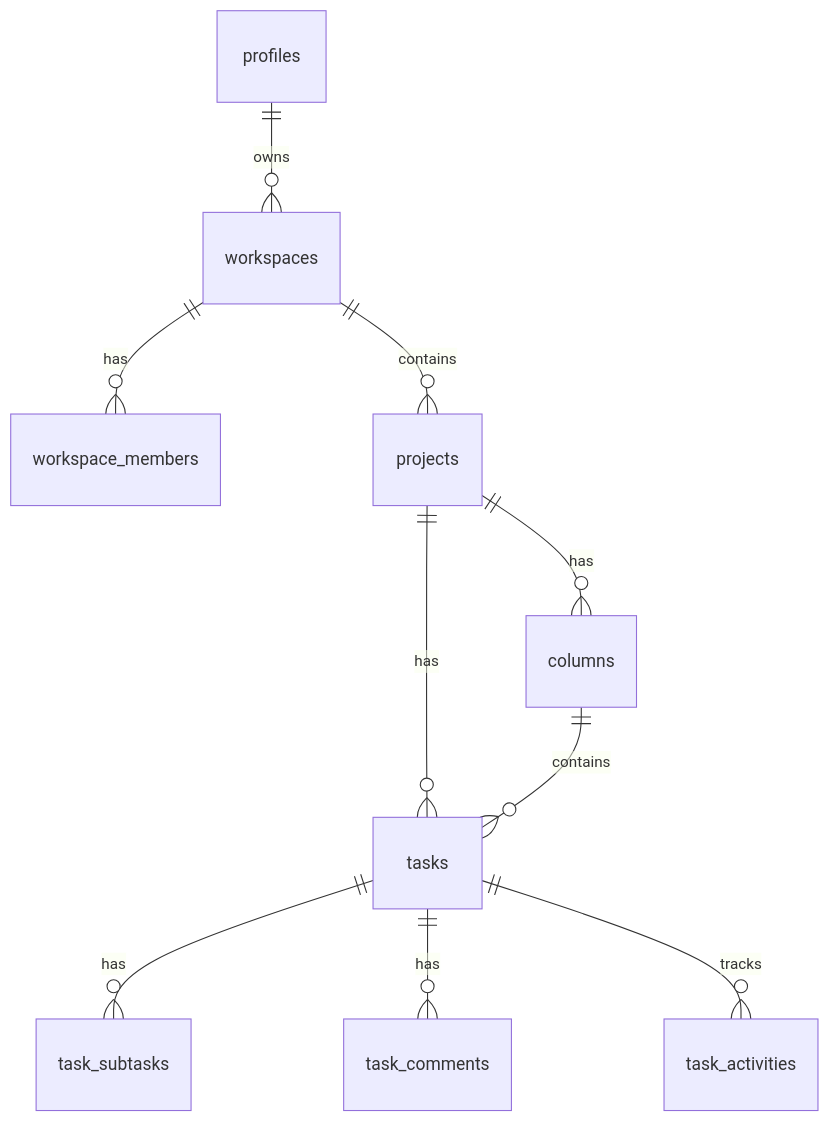
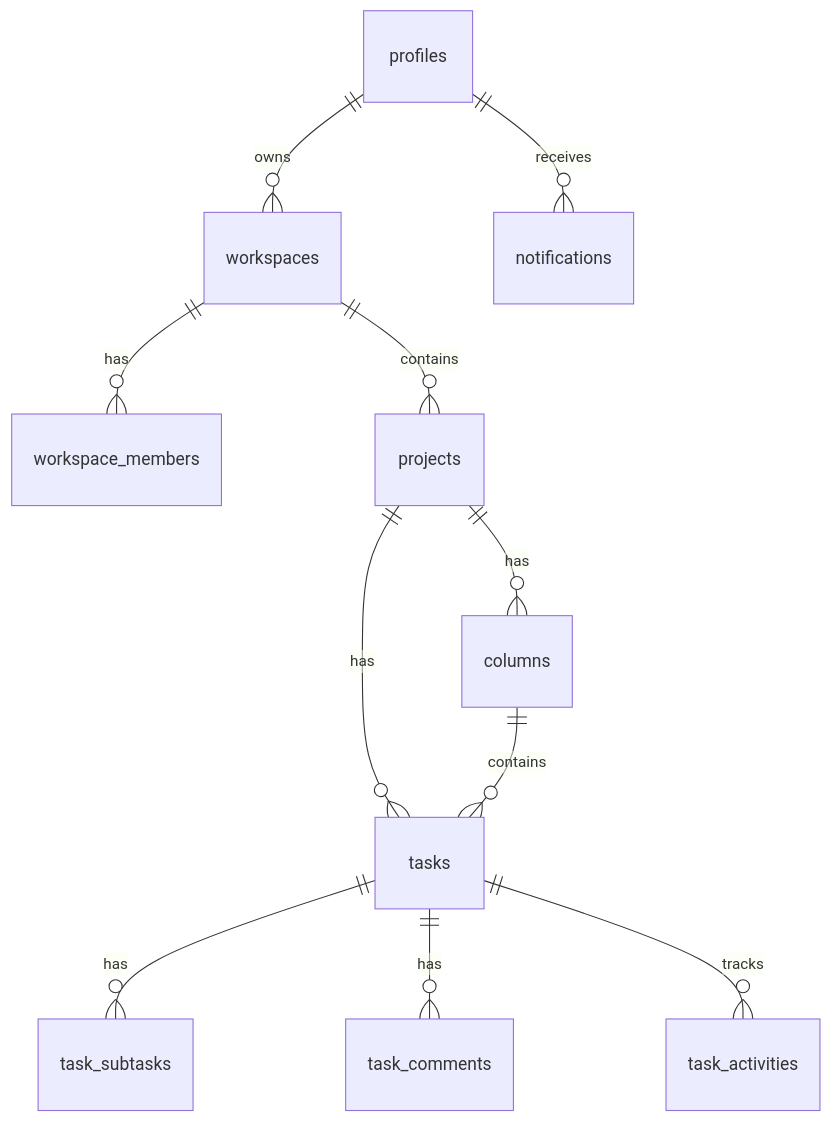
Before and after one commit to anirudhy-jpg/TaskPilot: the diagram in plan/PROJECT_OVERVIEW.md, drawn with Mermaid. The commit also changed other lines of this file and 10 other files, not shown here.

````diff
--- a/plan/PROJECT_OVERVIEW.md
+++ b/plan/PROJECT_OVERVIEW.md
@@ -81,12 +81,13 @@
 ```mermaid
 erDiagram
     profiles ||--o{ workspaces : "owns"
     workspaces ||--o{ workspace_members : "has"
     workspaces ||--o{ projects : "contains"
     projects ||--o{ columns : "has"
     projects ||--o{ tasks : "has"
     columns ||--o{ tasks : "contains"
     tasks ||--o{ task_subtasks : "has"
     tasks ||--o{ task_comments : "has"
     tasks ||--o{ task_activities : "tracks"
+    profiles ||--o{ notifications : "receives"
 ```
````
